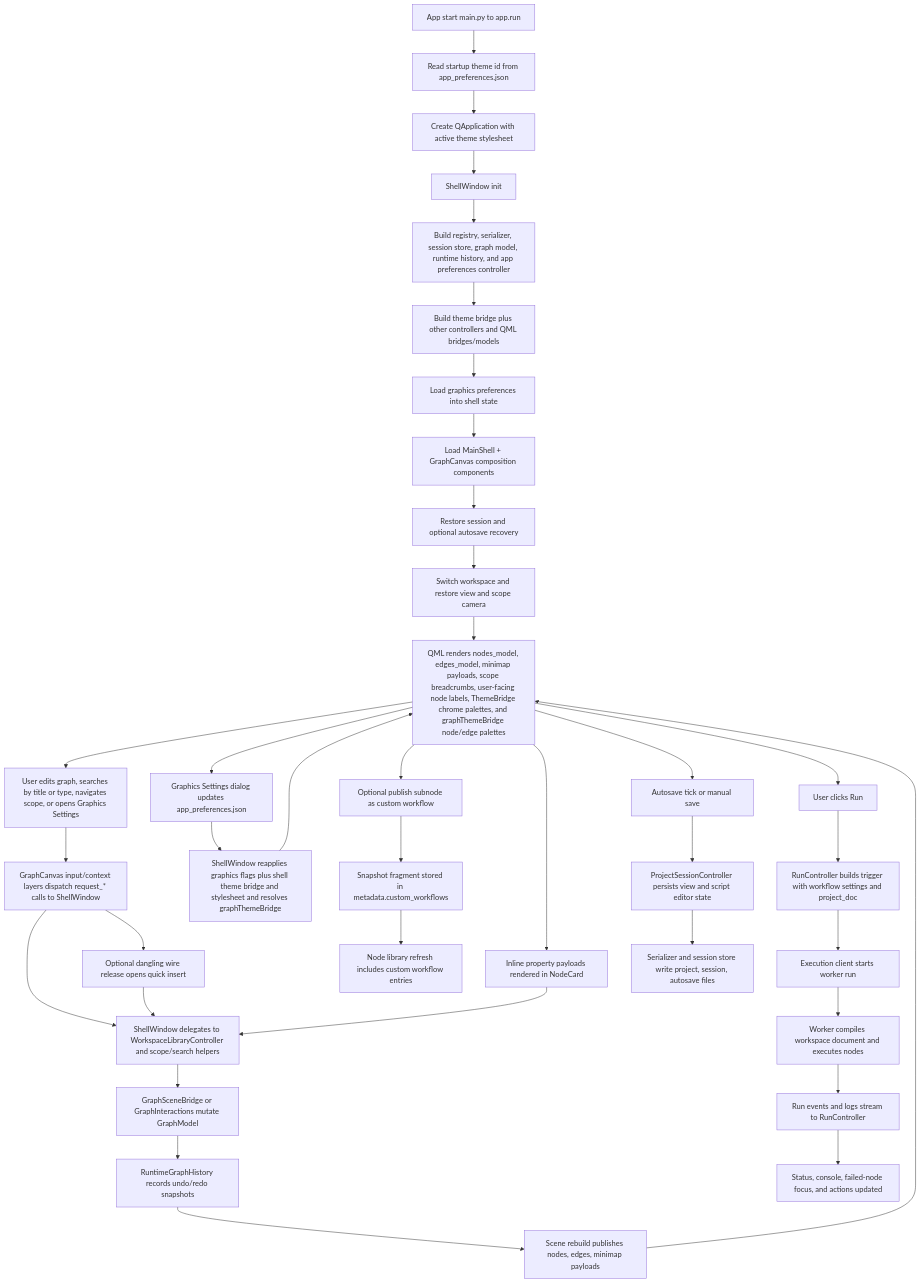
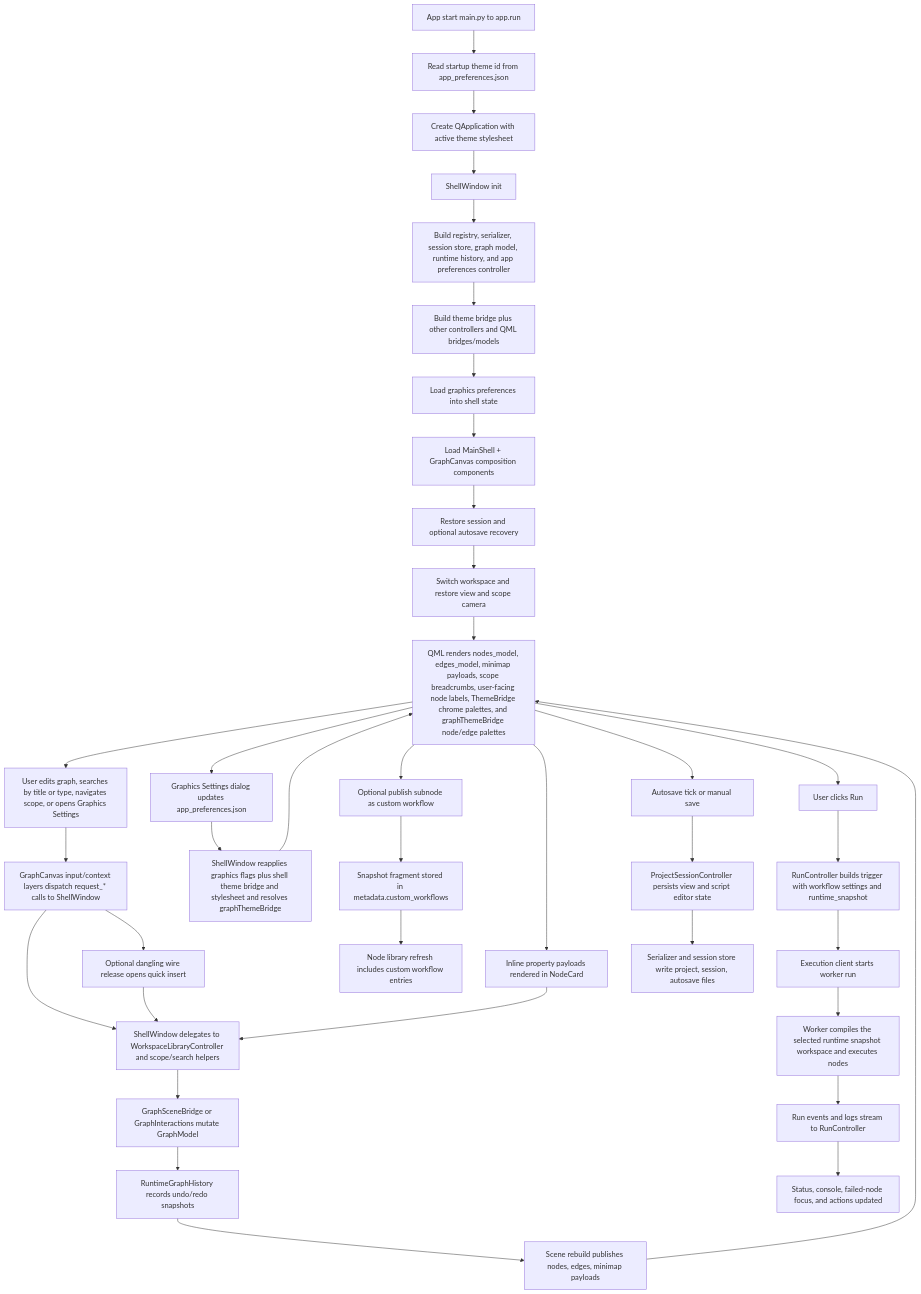
The second of 3 diagrams in ARCHITECTURE.md (emreatay993/EA_Node), drawn with Mermaid before and after one commit. The commit also changed other lines of this file and 6 other files, not shown here.

````diff
--- a/ARCHITECTURE.md
+++ b/ARCHITECTURE.md
@@ -215,45 +218,45 @@
 ```mermaid
 flowchart TD
     A[App start main.py to app.run] --> B[Read startup theme id from app_preferences.json]
     B --> C[Create QApplication with active theme stylesheet]
     C --> D[ShellWindow init]
     D --> E[Build registry, serializer, session store, graph model, runtime history, and app preferences controller]
     E --> F[Build theme bridge plus other controllers and QML bridges/models]
     F --> G[Load graphics preferences into shell state]
     G --> H[Load MainShell + GraphCanvas composition components]
     H --> I[Restore session and optional autosave recovery]
     I --> J[Switch workspace and restore view and scope camera]
     J --> K[QML renders nodes_model, edges_model, minimap payloads, scope breadcrumbs, user-facing node labels, ThemeBridge chrome palettes, and graphThemeBridge node/edge palettes]
 
     K --> L[User edits graph, searches by title or type, navigates scope, or opens Graphics Settings]
     L --> M[GraphCanvas input/context layers dispatch request_* calls to ShellWindow]
     M --> N[ShellWindow delegates to WorkspaceLibraryController and scope/search helpers]
     M --> NQ[Optional dangling wire release opens quick insert]
     NQ --> N
     N --> O[GraphSceneBridge or GraphInteractions mutate GraphModel]
     O --> P[RuntimeGraphHistory records undo/redo snapshots]
     P --> Q[Scene rebuild publishes nodes, edges, minimap payloads]
     Q --> K
 
     K --> KP[Graphics Settings dialog updates app_preferences.json]
     KP --> KR[ShellWindow reapplies graphics flags plus shell theme bridge and stylesheet and resolves graphThemeBridge]
     KR --> K
 
     K --> R[Inline property payloads rendered in NodeCard]
     R --> N
 
     K --> S[Optional publish subnode as custom workflow]
     S --> T[Snapshot fragment stored in metadata.custom_workflows]
     T --> U[Node library refresh includes custom workflow entries]
 
     K --> V[User clicks Run]
-    V --> W[RunController builds trigger with workflow settings and project_doc]
+    V --> W[RunController builds trigger with workflow settings and runtime_snapshot]
     W --> X[Execution client starts worker run]
-    X --> Y[Worker compiles workspace document and executes nodes]
+    X --> Y[Worker compiles the selected runtime snapshot workspace and executes nodes]
     Y --> Z[Run events and logs stream to RunController]
     Z --> ZA[Status, console, failed-node focus, and actions updated]
 
     K --> ZB[Autosave tick or manual save]
     ZB --> ZC[ProjectSessionController persists view and script editor state]
     ZC --> ZD[Serializer and session store write project, session, autosave files]
 ```
````
